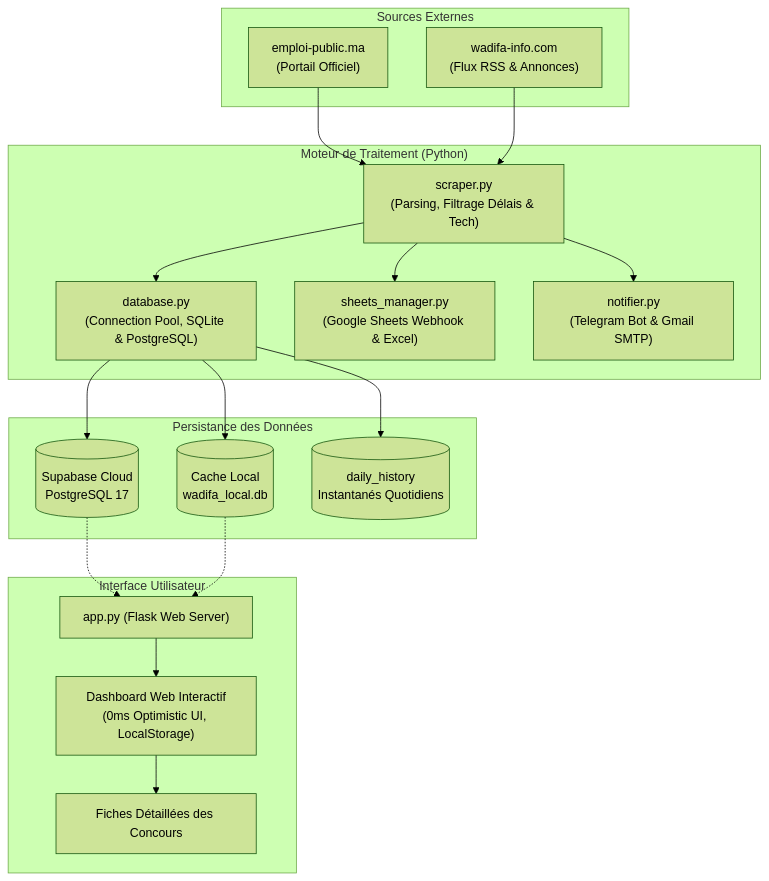
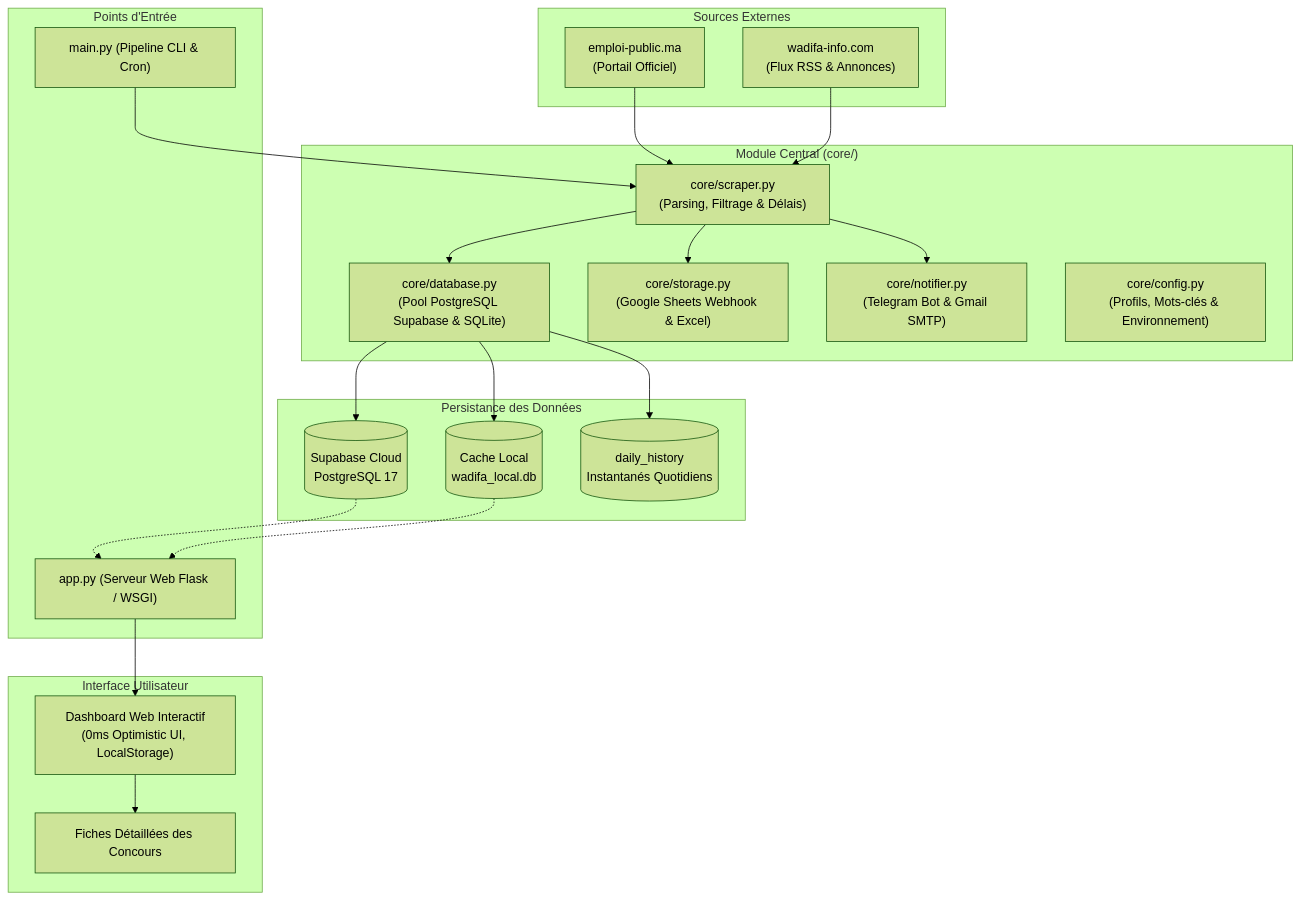
Before and after one commit to abdelkhalek-hub1/WADIFA-PULSE: the diagram in README.md, drawn with Mermaid (forest theme). The commit also changed other lines of this file and 10 other files, not shown here.

````diff
--- a/README.md
+++ b/README.md
@@ -50,39 +50,45 @@
 ```mermaid
 flowchart TD
     subgraph Sources ["Sources Externes"]
         EP["emploi-public.ma\n(Portail Officiel)"]
         WI["wadifa-info.com\n(Flux RSS & Annonces)"]
     end
 
-    subgraph Core ["Moteur de Traitement (Python)"]
-        SC["scraper.py\n(Parsing, Filtrage Délais & Tech)"]
-        DB["database.py\n(Connection Pool, SQLite & PostgreSQL)"]
-        SM["sheets_manager.py\n(Google Sheets Webhook & Excel)"]
-        NT["notifier.py\n(Telegram Bot & Gmail SMTP)"]
+    subgraph Core ["Module Central (core/)"]
+        SC["core/scraper.py\n(Parsing, Filtrage & Délais)"]
+        DB["core/database.py\n(Pool PostgreSQL Supabase & SQLite)"]
+        ST["core/storage.py\n(Google Sheets Webhook & Excel)"]
+        NT["core/notifier.py\n(Telegram Bot & Gmail SMTP)"]
+        CF["core/config.py\n(Profils, Mots-clés & Environnement)"]
     end
 
     subgraph Storage ["Persistance des Données"]
         PG[("Supabase Cloud\nPostgreSQL 17")]
         SQL[("Cache Local\nwadifa_local.db")]
         HIST[("daily_history\nInstantanés Quotidiens")]
     end
 
+    subgraph Entrypoints ["Points d'Entrée"]
+        FLASK["app.py (Serveur Web Flask / WSGI)"]
+        CLI["main.py (Pipeline CLI & Cron)"]
+    end
+
     subgraph UI ["Interface Utilisateur"]
-        FLASK["app.py (Flask Web Server)"]
         DASH["Dashboard Web Interactif\n(0ms Optimistic UI, LocalStorage)"]
         MODAL["Fiches Détaillées des Concours"]
     end
 
     EP --> SC
     WI --> SC
     SC --> DB
     DB --> PG
     DB --> SQL
     DB --> HIST
-    SC --> SM
+    SC --> ST
     SC --> NT
     FLASK --> DASH
     DASH --> MODAL
+    CLI --> SC
     PG -.-> FLASK
     SQL -.-> FLASK
 ```
````
